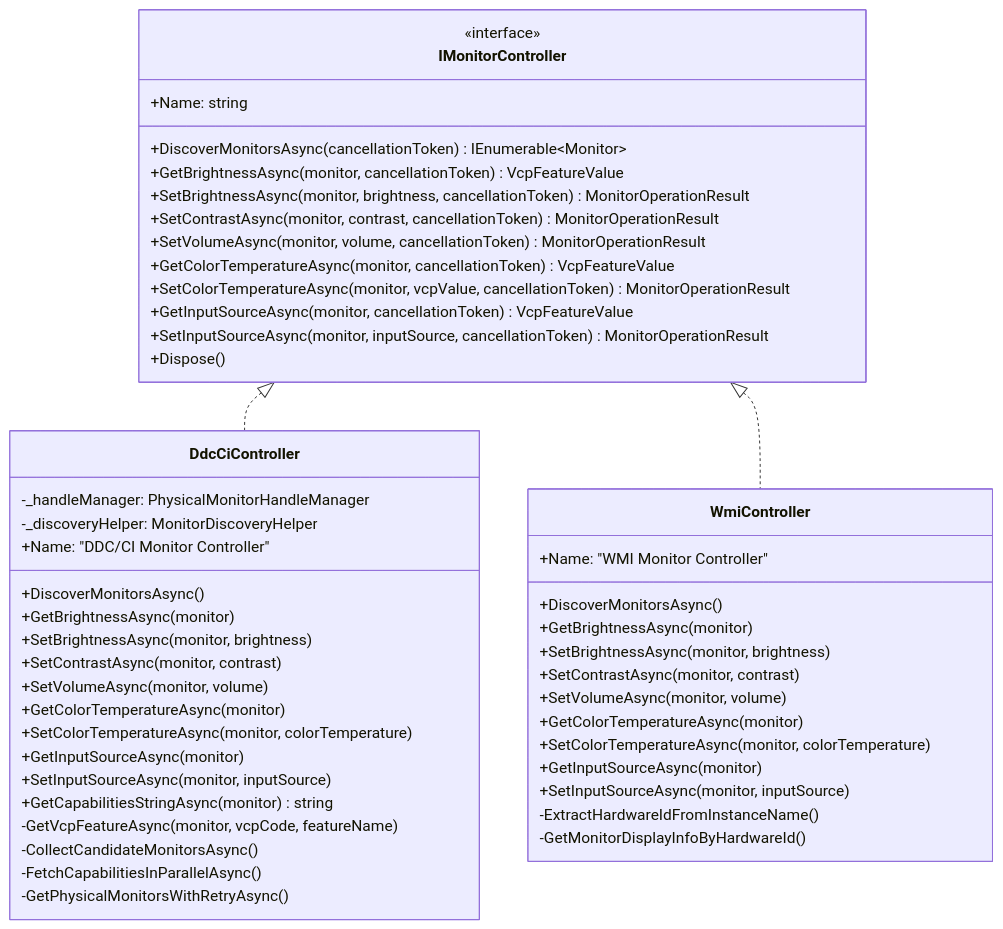
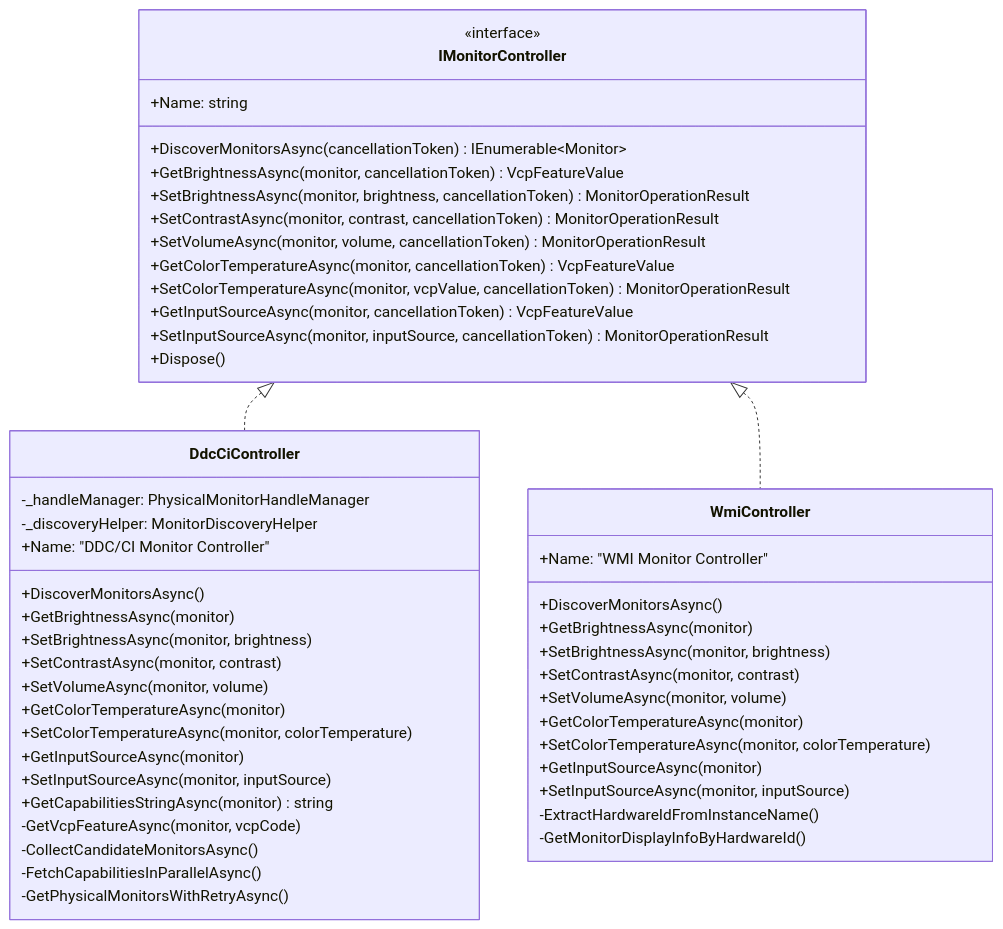
The fourth of 23 diagrams in doc/devdocs/modules/powerdisplay/design.md (microsoft/PowerToys), drawn with Mermaid before and after one commit. The commit also changed 1 other file, not shown here.

Commit message:
Refactor GetVcpFeatureAsync method to remove optional featureName parameter for improved clarity

````diff
--- a/doc/devdocs/modules/powerdisplay/design.md
+++ b/doc/devdocs/modules/powerdisplay/design.md
@@ -488,55 +488,55 @@
 ```mermaid
 classDiagram
     class IMonitorController {
         <<interface>>
         +Name: string
         +DiscoverMonitorsAsync(cancellationToken) IEnumerable~Monitor~
         +GetBrightnessAsync(monitor, cancellationToken) VcpFeatureValue
         +SetBrightnessAsync(monitor, brightness, cancellationToken) MonitorOperationResult
         +SetContrastAsync(monitor, contrast, cancellationToken) MonitorOperationResult
         +SetVolumeAsync(monitor, volume, cancellationToken) MonitorOperationResult
         +GetColorTemperatureAsync(monitor, cancellationToken) VcpFeatureValue
         +SetColorTemperatureAsync(monitor, vcpValue, cancellationToken) MonitorOperationResult
         +GetInputSourceAsync(monitor, cancellationToken) VcpFeatureValue
         +SetInputSourceAsync(monitor, inputSource, cancellationToken) MonitorOperationResult
         +Dispose()
     }
 
     class DdcCiController {
         -_handleManager: PhysicalMonitorHandleManager
         -_discoveryHelper: MonitorDiscoveryHelper
         +Name: "DDC/CI Monitor Controller"
         +DiscoverMonitorsAsync()
         +GetBrightnessAsync(monitor)
         +SetBrightnessAsync(monitor, brightness)
         +SetContrastAsync(monitor, contrast)
         +SetVolumeAsync(monitor, volume)
         +GetColorTemperatureAsync(monitor)
         +SetColorTemperatureAsync(monitor, colorTemperature)
         +GetInputSourceAsync(monitor)
         +SetInputSourceAsync(monitor, inputSource)
         +GetCapabilitiesStringAsync(monitor) string
-        -GetVcpFeatureAsync(monitor, vcpCode, featureName)
+        -GetVcpFeatureAsync(monitor, vcpCode)
         -CollectCandidateMonitorsAsync()
         -FetchCapabilitiesInParallelAsync()
         -GetPhysicalMonitorsWithRetryAsync()
     }
 
     class WmiController {
         +Name: "WMI Monitor Controller"
         +DiscoverMonitorsAsync()
         +GetBrightnessAsync(monitor)
         +SetBrightnessAsync(monitor, brightness)
         +SetContrastAsync(monitor, contrast)
         +SetVolumeAsync(monitor, volume)
         +GetColorTemperatureAsync(monitor)
         +SetColorTemperatureAsync(monitor, colorTemperature)
         +GetInputSourceAsync(monitor)
         +SetInputSourceAsync(monitor, inputSource)
         -ExtractHardwareIdFromInstanceName()
         -GetMonitorDisplayInfoByHardwareId()
     }
 
     IMonitorController <|.. DdcCiController
     IMonitorController <|.. WmiController
 ```
````
